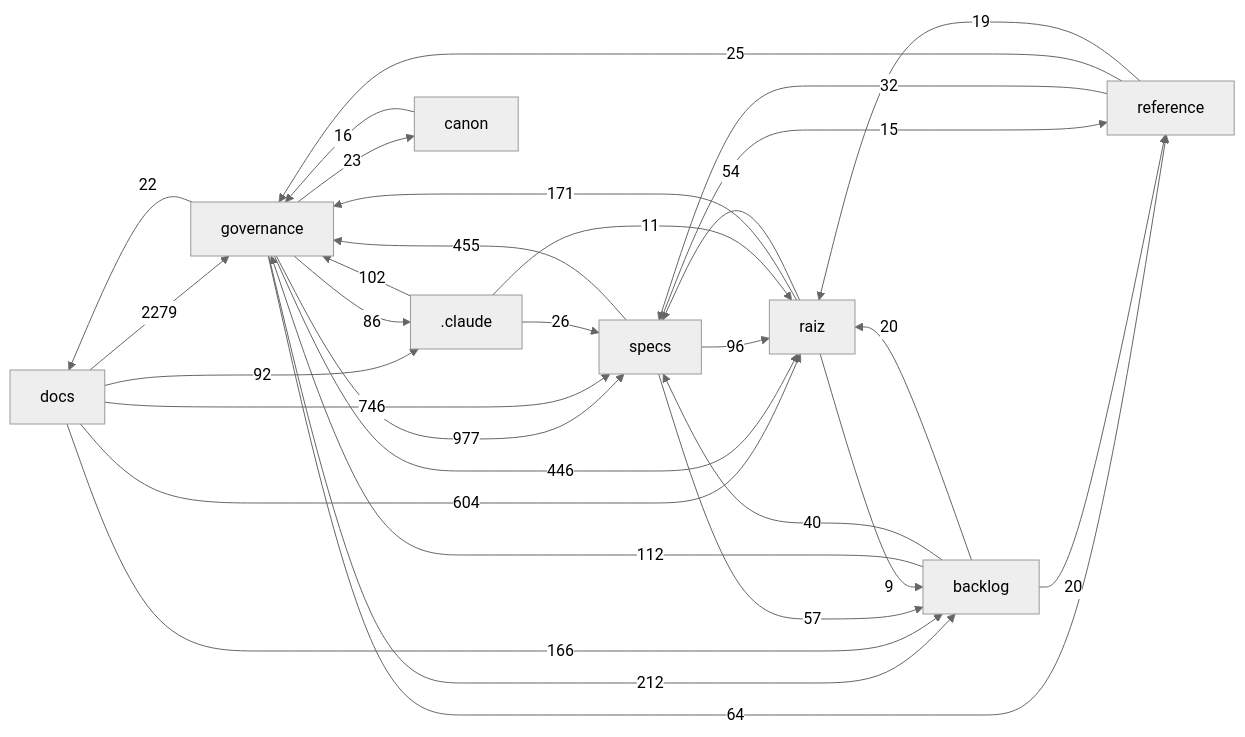
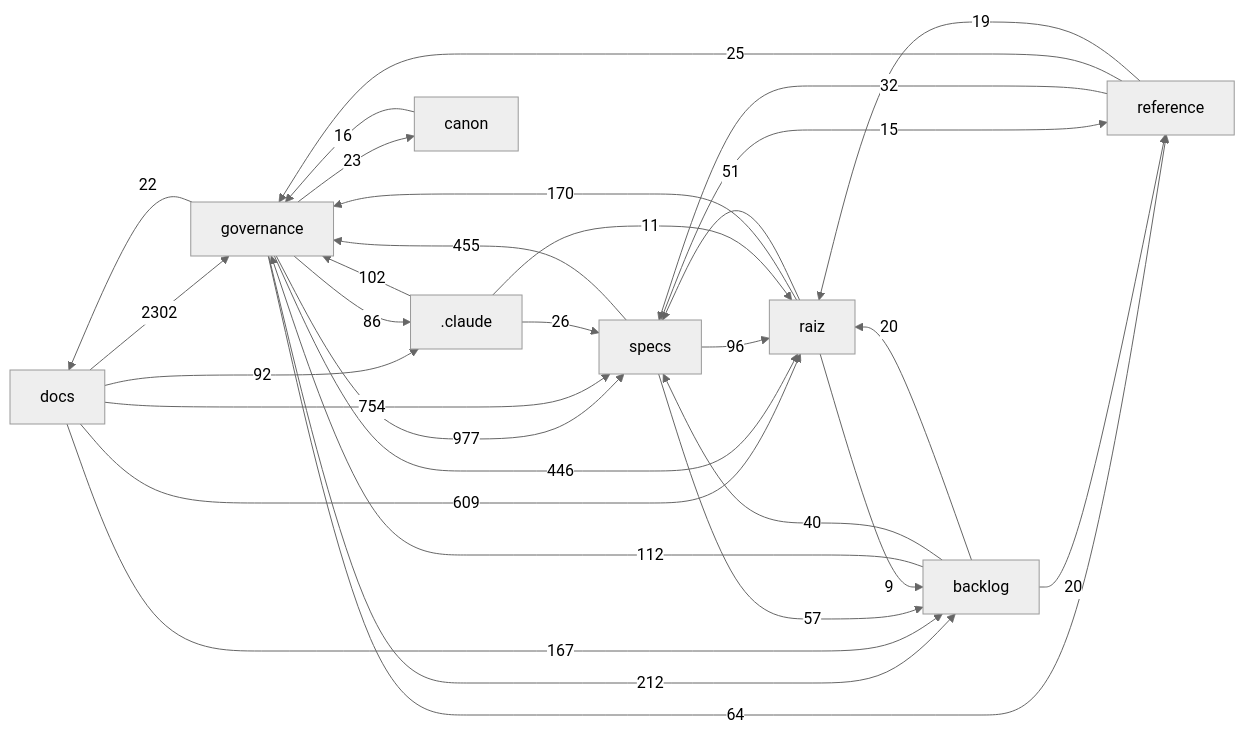
The diagram in docs/mapa/MAPA-PROJETO.md (Andraus35/Sistema-Operacional-de-Trading--SOT), drawn with Mermaid (neutral theme) before and after one commit. The commit also changed other lines of this file and 3 other files, not shown here.

````diff
--- a/docs/mapa/MAPA-PROJETO.md
+++ b/docs/mapa/MAPA-PROJETO.md
@@ -29,33 +29,33 @@
 ```mermaid
 flowchart LR
-  docs["docs"] -->|2279| governance["governance"]
+  docs["docs"] -->|2302| governance["governance"]
   governance["governance"] -->|977| specs["specs"]
-  docs["docs"] -->|746| specs["specs"]
-  docs["docs"] -->|604| raiz["raiz"]
+  docs["docs"] -->|754| specs["specs"]
+  docs["docs"] -->|609| raiz["raiz"]
   specs["specs"] -->|455| governance["governance"]
   governance["governance"] -->|446| raiz["raiz"]
   governance["governance"] -->|212| backlog["backlog"]
-  raiz["raiz"] -->|171| governance["governance"]
-  docs["docs"] -->|166| backlog["backlog"]
+  raiz["raiz"] -->|170| governance["governance"]
+  docs["docs"] -->|167| backlog["backlog"]
   backlog["backlog"] -->|112| governance["governance"]
   _claude[".claude"] -->|102| governance["governance"]
   specs["specs"] -->|96| raiz["raiz"]
   docs["docs"] -->|92| _claude[".claude"]
   governance["governance"] -->|86| _claude[".claude"]
   governance["governance"] -->|64| reference["reference"]
   specs["specs"] -->|57| backlog["backlog"]
-  raiz["raiz"] -->|54| specs["specs"]
+  raiz["raiz"] -->|51| specs["specs"]
   backlog["backlog"] -->|40| specs["specs"]
   reference["reference"] -->|32| specs["specs"]
   _claude[".claude"] -->|26| specs["specs"]
   reference["reference"] -->|25| governance["governance"]
   governance["governance"] -->|23| canon["canon"]
   governance["governance"] -->|22| docs["docs"]
   backlog["backlog"] -->|20| raiz["raiz"]
   backlog["backlog"] -->|20| reference["reference"]
   reference["reference"] -->|19| raiz["raiz"]
   canon["canon"] -->|16| governance["governance"]
   specs["specs"] -->|15| reference["reference"]
   _claude[".claude"] -->|11| raiz["raiz"]
   raiz["raiz"] -->|9| backlog["backlog"]
 ```
````
